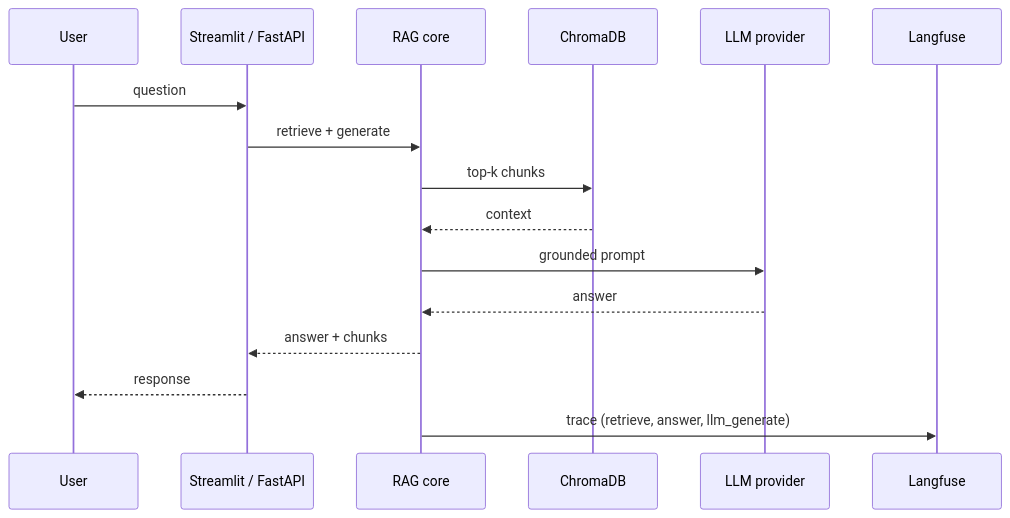
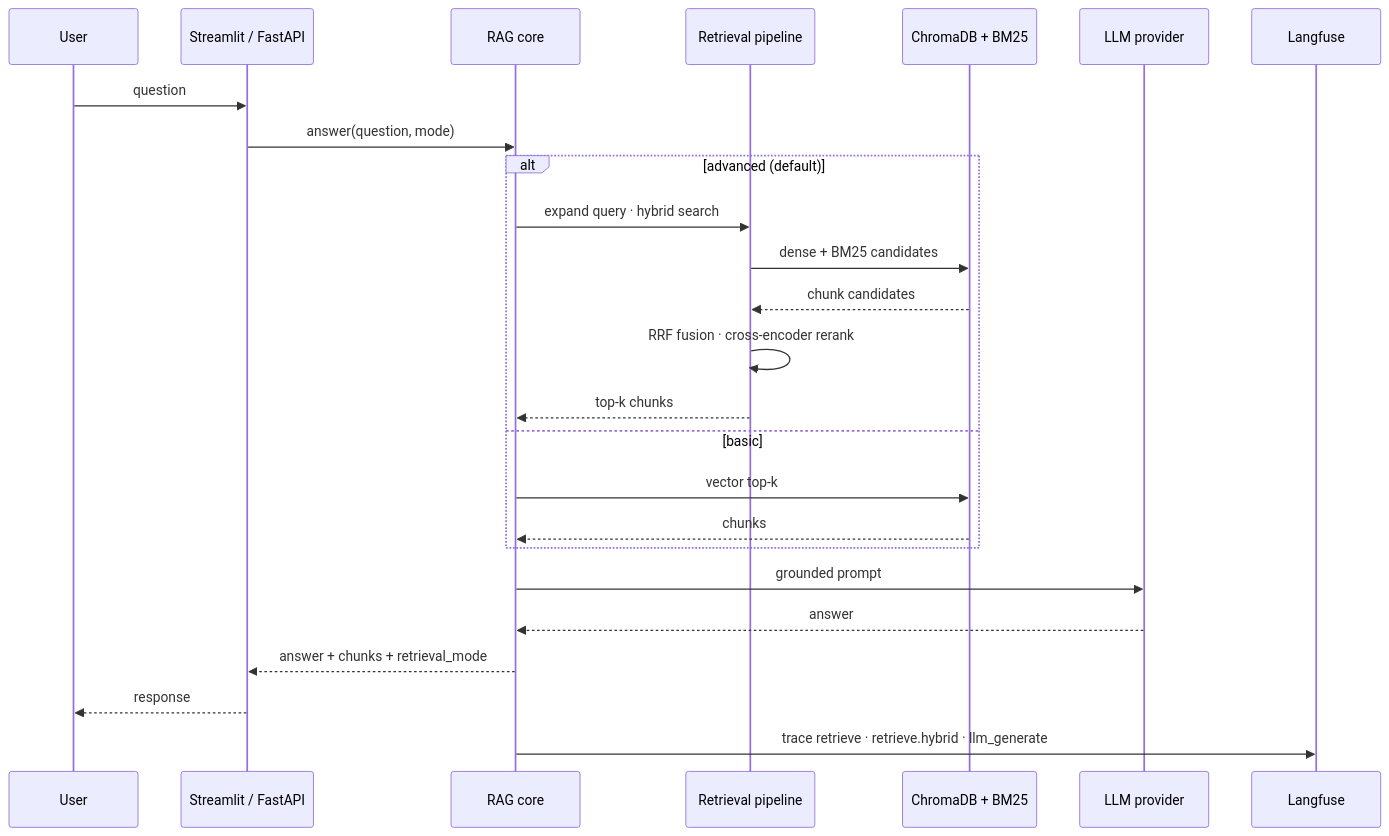
The first of 5 diagrams in docs/ARCHITECTURE.md (hemantjanrao/ai-compliance-qa-lab), drawn with Mermaid before and after one commit. The commit also changed other lines of this file and 10 other files, not shown here.

````diff
--- a/docs/ARCHITECTURE.md
+++ b/docs/ARCHITECTURE.md
@@ -11,19 +11,28 @@
 ```mermaid
 sequenceDiagram
   participant U as User
   participant API as Streamlit / FastAPI
   participant RAG as RAG core
-  participant DB as ChromaDB
+  participant RET as Retrieval pipeline
+  participant DB as ChromaDB + BM25
   participant LLM as LLM provider
   participant LF as Langfuse
 
   U->>API: question
-  API->>RAG: retrieve + generate
-  RAG->>DB: top-k chunks
-  DB-->>RAG: context
+  API->>RAG: answer(question, mode)
+  alt advanced (default)
+    RAG->>RET: expand query · hybrid search
+    RET->>DB: dense + BM25 candidates
+    DB-->>RET: chunk candidates
+    RET->>RET: RRF fusion · cross-encoder rerank
+    RET-->>RAG: top-k chunks
+  else basic
+    RAG->>DB: vector top-k
+    DB-->>RAG: chunks
+  end
   RAG->>LLM: grounded prompt
   LLM-->>RAG: answer
-  RAG-->>API: answer + chunks
+  RAG-->>API: answer + chunks + retrieval_mode
   API-->>U: response
-  RAG->>LF: trace (retrieve, answer, llm_generate)
+  RAG->>LF: trace retrieve · retrieve.hybrid · llm_generate
 ```
````
